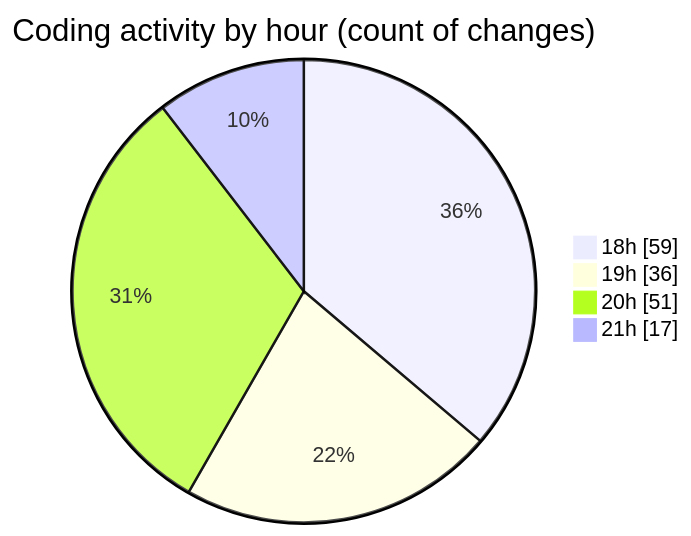
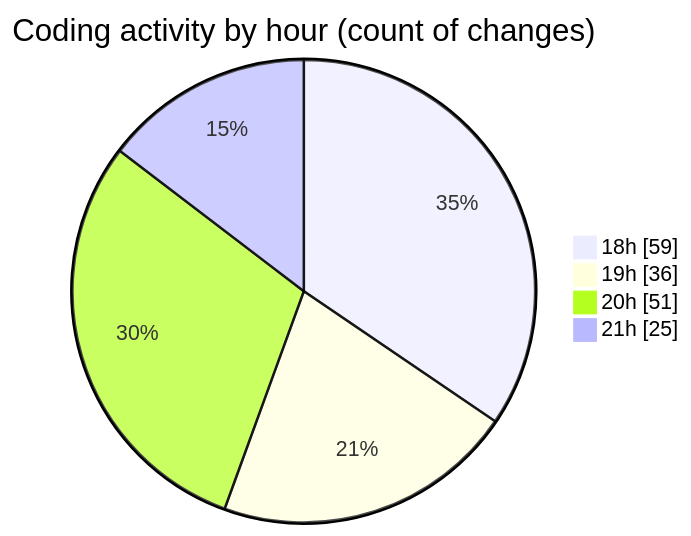
One commit to Netris89/code-tracking changed the second of 2 diagrams in 2025-04-02/back-end/README.md. Above: the diagram before and after it, drawn with Mermaid. The commit also changed other lines of this file and 1 other file, not shown here.

````diff
--- a/2025-04-02/back-end/README.md
+++ b/2025-04-02/back-end/README.md
@@ -40,8 +40,8 @@
 ```mermaid
 pie showData
 title Coding activity by hour (count of changes)
 "18h" : 59
 "19h" : 36
 "20h" : 51
-"21h" : 17
+"21h" : 25
 ```
````
